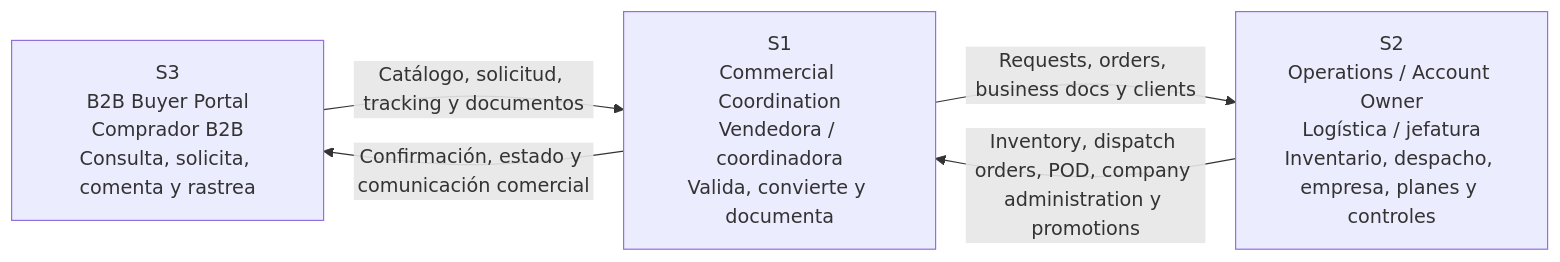
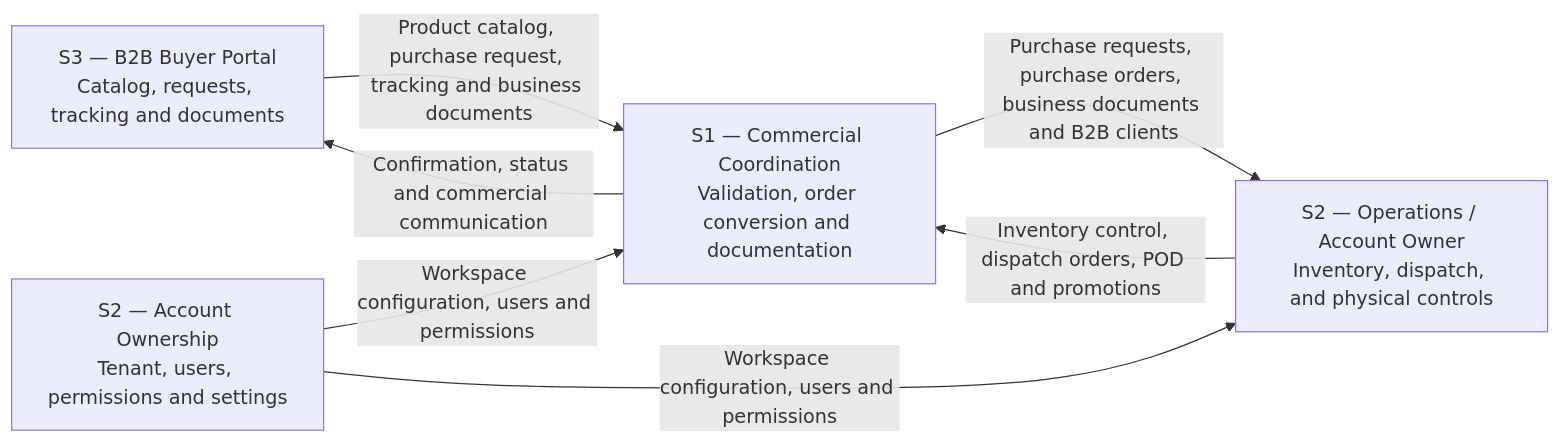
Before and after one commit to upc-pre-202610-1asi0729-12010-VulturesD/nexa-report: the first of 4 diagrams in 10-chapter-1-introduction/1-3-target-segments.md, drawn with Mermaid. The commit also changed other lines of this file and 1 other file, not shown here.

````diff
--- a/10-chapter-1-introduction/1-3-target-segments.md
+++ b/10-chapter-1-introduction/1-3-target-segments.md
@@ -38,11 +28,14 @@
 ```mermaid
 flowchart LR
-    SEG3["S3\nB2B Buyer Portal\nComprador B2B\nConsulta, solicita, comenta y rastrea"]
-    SEG1["S1\nCommercial Coordination\nVendedora / coordinadora\nValida, convierte y documenta"]
-    SEG2["S2\nOperations / Account Owner\nLogística / jefatura\nInventario, despacho, empresa, planes y controles"]
+    BUYER["S3 — B2B Buyer Portal<br/>Catalog, requests, tracking and documents"]
+    SALES["S1 — Commercial Coordination<br/>Validation, order conversion and documentation"]
+    OPS["S2 — Operations / Account Owner<br/>Inventory, dispatch, and physical controls"]
+    OWNER["S2 — Account Ownership<br/>Tenant, users, permissions and settings"]
 
-    SEG3 -->|Catálogo, solicitud, tracking y documentos| SEG1
-    SEG1 -->|Requests, orders, business docs y clients| SEG2
-    SEG2 -->|Inventory, dispatch orders, POD, company administration y promotions| SEG1
-    SEG1 -->|Confirmación, estado y comunicación comercial| SEG3
+    BUYER -->|Product catalog, purchase request, tracking and business documents| SALES
+    SALES -->|Purchase requests, purchase orders, business documents and B2B clients| OPS
+    OPS -->|Inventory control, dispatch orders, POD and promotions| SALES
+    SALES -->|Confirmation, status and commercial communication| BUYER
+    OWNER -->|Workspace configuration, users and permissions| SALES
+    OWNER -->|Workspace configuration, users and permissions| OPS
 ```
````
